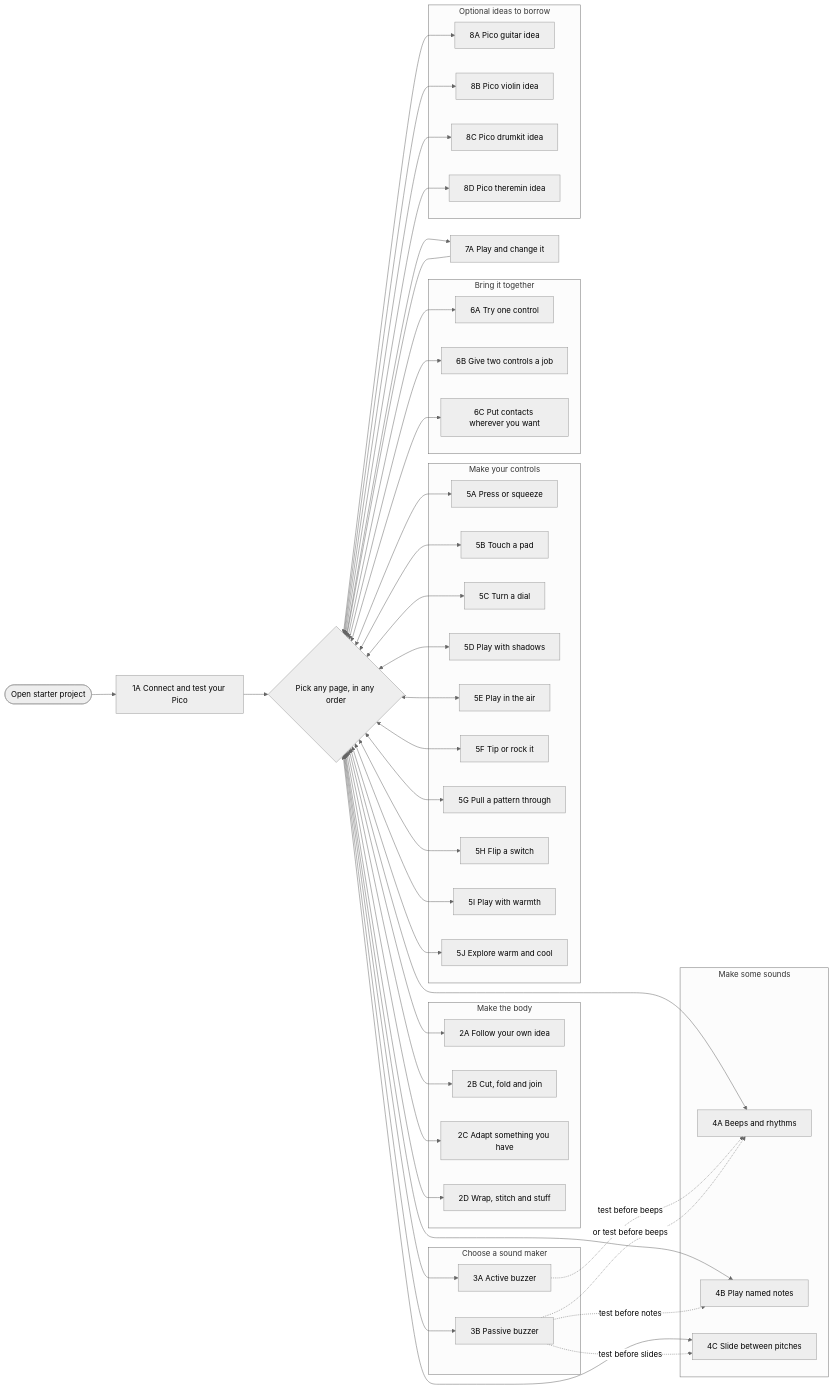
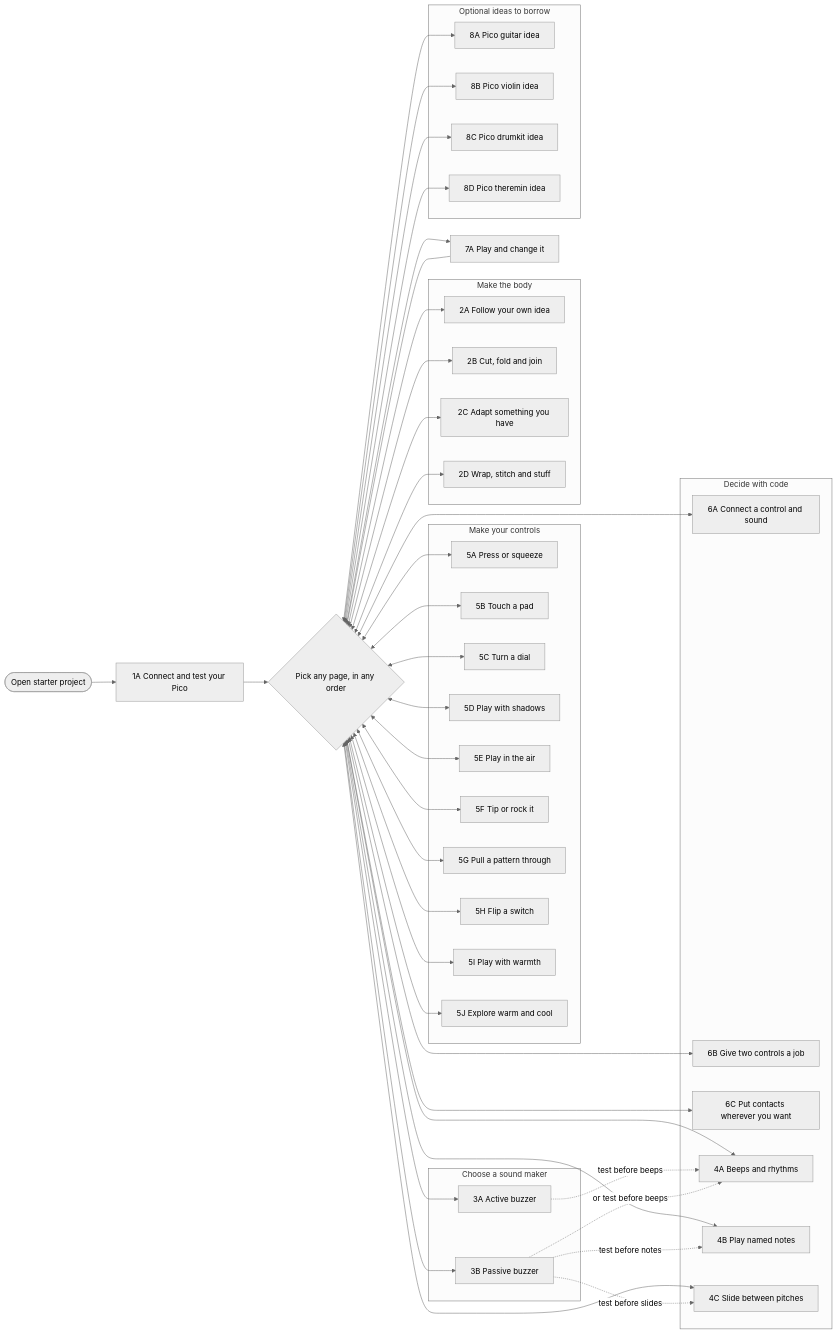
The diagram in en/step-dependencies.mermaid (raspberrypilearning/branching-pathways-pico-instrument), drawn with Mermaid (neutral theme) before and after one commit. The commit also changed 39 other files, not shown here.

Commit message:
Join instrument test scripts in one code stage

```diff
--- a/en/step-dependencies.mermaid
+++ b/en/step-dependencies.mermaid
@@ -1,77 +1,75 @@
 flowchart LR
     START([Open starter project]) --> P1A["1A Connect and test your Pico"]
     P1A --> PICK{Pick any page, in any order}
 
-    subgraph BODY[Make the body]
-      P2A["2A Follow your own idea"]
-      P2B["2B Cut, fold and join"]
-      P2C["2C Adapt something you have"]
-      P2D["2D Wrap, stitch and stuff"]
-    end
-    subgraph BUZZER[Choose a sound maker]
-      P3A["3A Active buzzer"]
-      P3B["3B Passive buzzer"]
-    end
-    subgraph SOUND[Make some sounds]
-      P4A["4A Beeps and rhythms"]
-      P4B["4B Play named notes"]
-      P4C["4C Slide between pitches"]
-    end
     subgraph INPUT[Make your controls]
       P5A["5A Press or squeeze"]
       P5B["5B Touch a pad"]
       P5C["5C Turn a dial"]
       P5D["5D Play with shadows"]
       P5E["5E Play in the air"]
       P5F["5F Tip or rock it"]
       P5G["5G Pull a pattern through"]
       P5H["5H Flip a switch"]
       P5I["5I Play with warmth"]
       P5J["5J Explore warm and cool"]
     end
-    subgraph COMBINE[Bring it together]
-      P6A["6A Try one control"]
+    subgraph BUZZER[Choose a sound maker]
+      P3A["3A Active buzzer"]
+      P3B["3B Passive buzzer"]
+    end
+    subgraph CODE[Decide with code]
+      P6A["6A Connect a control and sound"]
       P6B["6B Give two controls a job"]
       P6C["6C Put contacts wherever you want"]
+      P4A["4A Beeps and rhythms"]
+      P4B["4B Play named notes"]
+      P4C["4C Slide between pitches"]
+    end
+    subgraph BODY[Make the body]
+      P2A["2A Follow your own idea"]
+      P2B["2B Cut, fold and join"]
+      P2C["2C Adapt something you have"]
+      P2D["2D Wrap, stitch and stuff"]
     end
     P7A["7A Play and change it"]
     subgraph IDEAS[Optional ideas to borrow]
       P8A["8A Pico guitar idea"]
       P8B["8B Pico violin idea"]
       P8C["8C Pico drumkit idea"]
       P8D["8D Pico theremin idea"]
     end
 
     PICK <--> P2A
     PICK <--> P2B
     PICK <--> P2C
     PICK <--> P2D
     PICK <--> P3A
     PICK <--> P3B
     PICK <--> P4A
     PICK <--> P4B
     PICK <--> P4C
     PICK <--> P5A
     PICK <--> P5B
     PICK <--> P5C
     PICK <--> P5D
     PICK <--> P5E
     PICK <--> P5F
     PICK <--> P5G
     PICK <--> P5H
     PICK <--> P5I
     PICK <--> P5J
     PICK <--> P6A
     PICK <--> P6B
     PICK <--> P6C
     PICK <--> P8A
     PICK <--> P8B
     PICK <--> P8C
     PICK <--> P8D
     PICK --> P7A
     P7A --> PICK
 
     P3B -. test before notes .-> P4B
     P3B -. test before slides .-> P4C
     P3A -. test before beeps .-> P4A
     P3B -. or test before beeps .-> P4A
```
